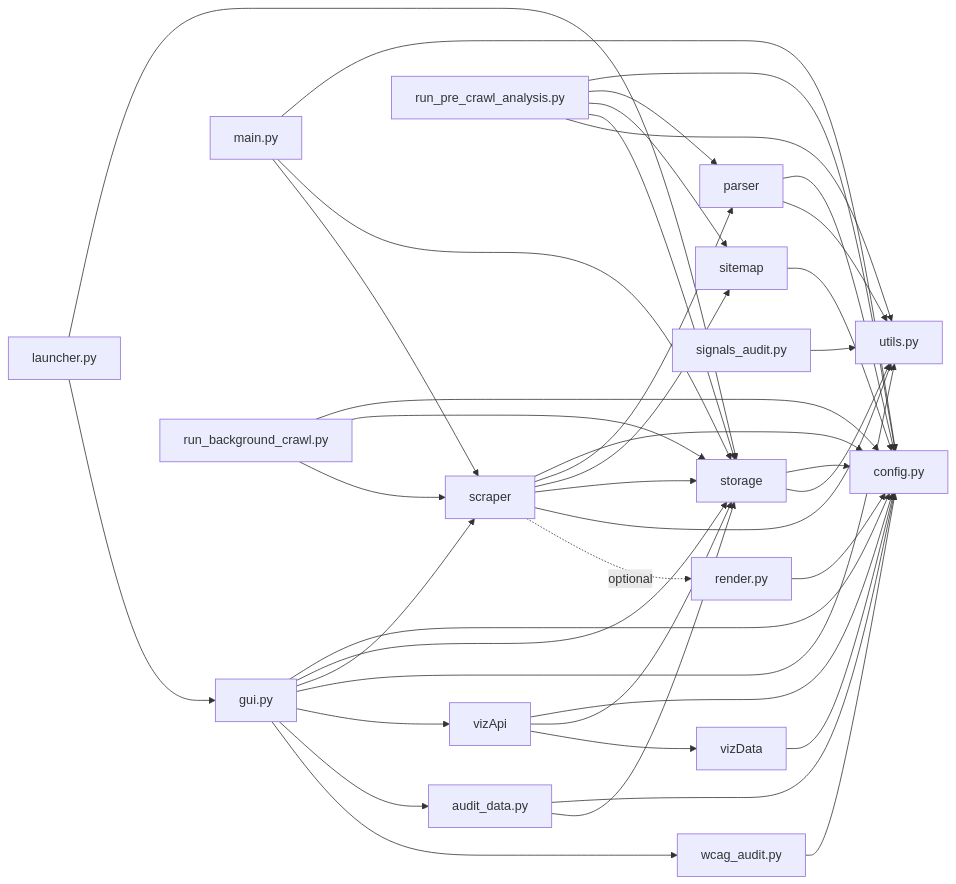
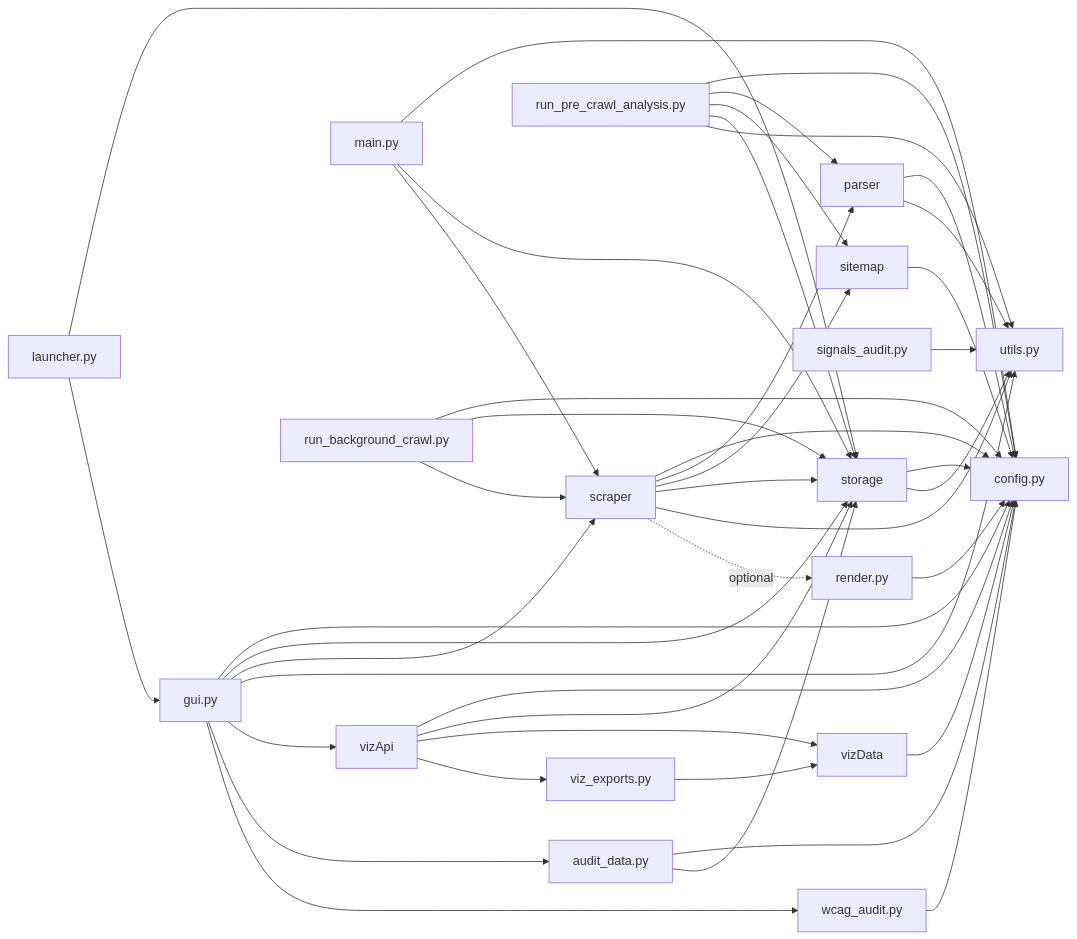
Before and after one commit to hooperstu/CrawlStreetJournal: the second of 10 diagrams in architecture.md, drawn with Mermaid. The commit also changed other lines of this file, not shown here.

First line of the commit message:
docs: refresh architecture for dashboard reports, exports, and tests

````diff
--- a/architecture.md
+++ b/architecture.md
@@ -91,61 +94,63 @@
 ```mermaid
 graph LR
     utils[utils.py]
     configMod[config.py]
 
     storage --> configMod
     storage --> utils
 
     parser --> configMod
     parser --> utils
 
     sitemap --> configMod
 
     scraper --> configMod
     scraper --> parser
     scraper --> sitemap
     scraper --> storage
     scraper --> utils
     scraper -.->|optional| renderPy[render.py]
 
     renderPy --> configMod
 
     vizData --> configMod
 
     vizApi --> configMod
     vizApi --> storage
     vizApi --> vizData
+    vizApi --> vizExports[viz_exports.py]
+    vizExports --> vizData
 
     guiPy[gui.py] --> configMod
     guiPy --> storage
     guiPy --> scraper
     guiPy --> utils
     guiPy --> vizApi
 
     mainPy[main.py] --> configMod
     mainPy --> storage
     mainPy --> scraper
 
     bgCrawl[run_background_crawl.py] --> configMod
     bgCrawl --> storage
     bgCrawl --> scraper
 
     preAnalysis[run_pre_crawl_analysis.py] --> configMod
     preAnalysis --> parser
     preAnalysis --> sitemap
     preAnalysis --> storage
     preAnalysis --> utils
 
     launcher[launcher.py] --> storage
     launcher --> guiPy
 
     signalsAudit[signals_audit.py] --> utils
 
     auditData[audit_data.py] --> configMod
     auditData --> storage
 
     wcagAudit[wcag_audit.py] --> configMod
 
     guiPy --> auditData
     guiPy --> wcagAudit
 ```
````
